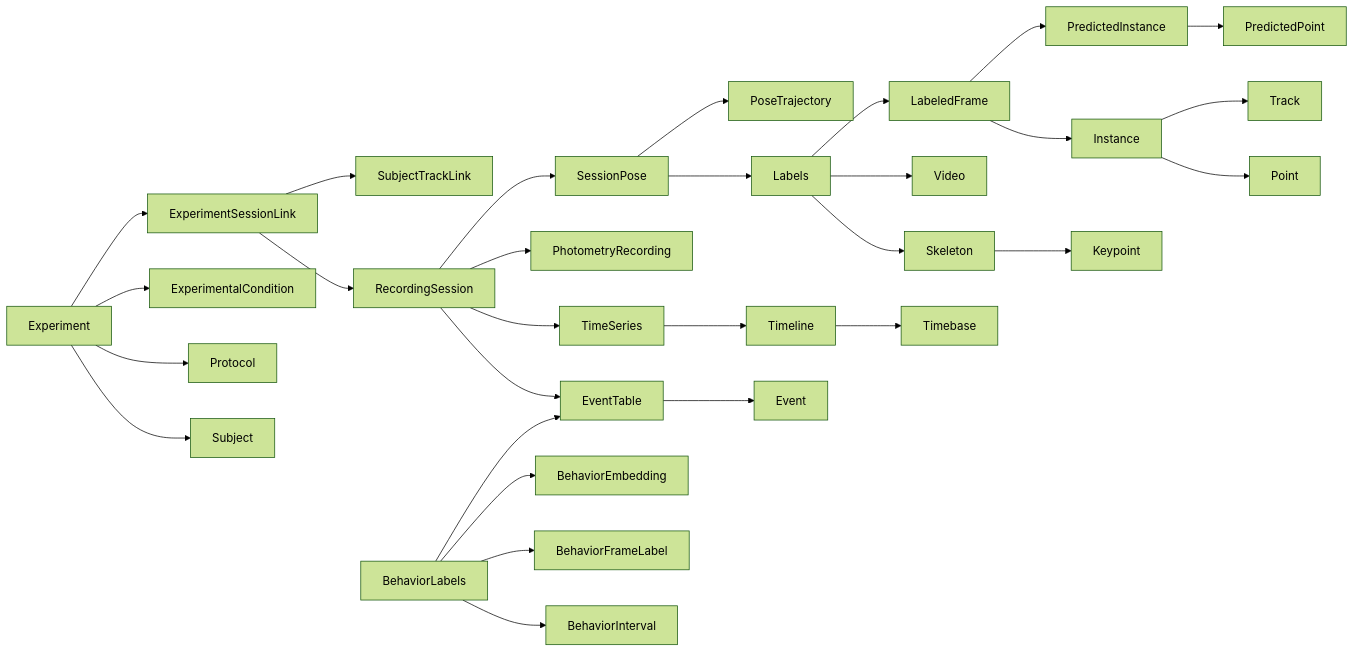
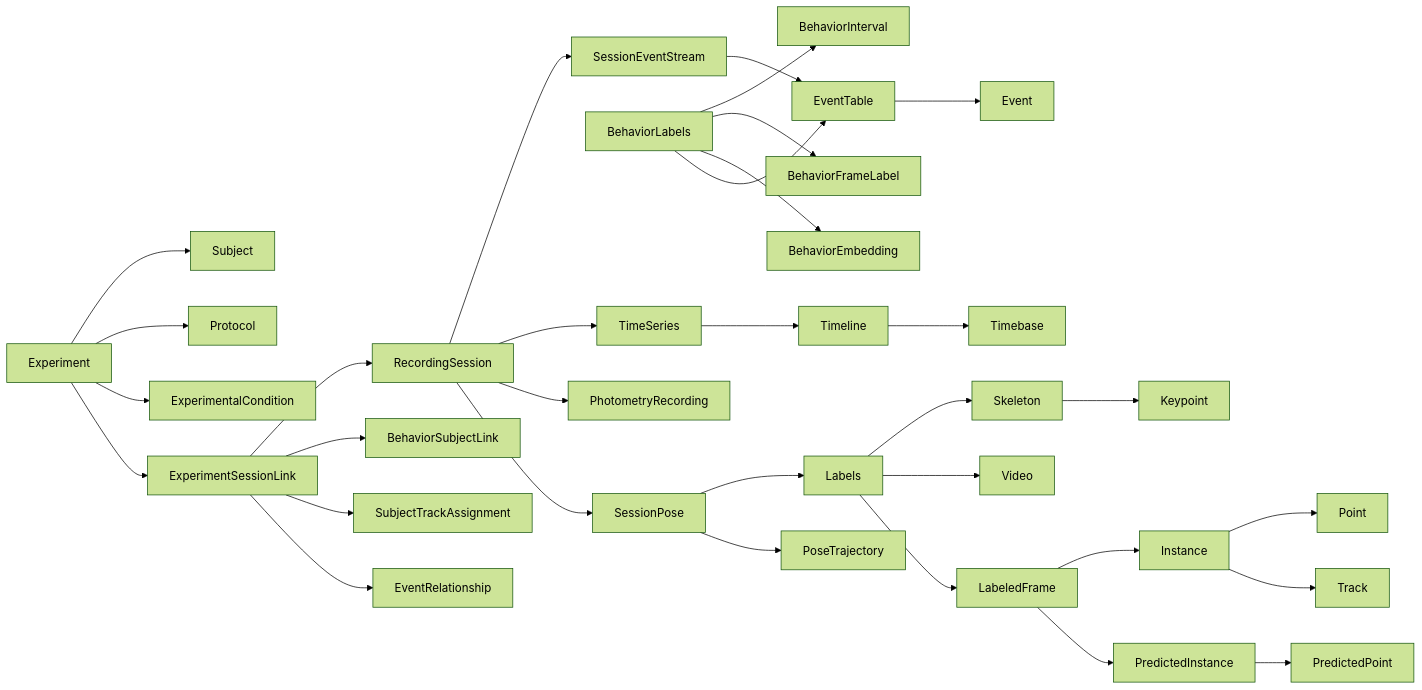
Before and after one commit to Alfredo-Sandoval/exp-pkg: the diagram in docs/api/model.md, drawn with Mermaid (forest theme). The commit also changed other lines of this file and 95 other files, not shown here.

````diff
--- a/docs/api/model.md
+++ b/docs/api/model.md
@@ -14,31 +14,34 @@
 ```mermaid
 flowchart LR
     Experiment --> Subject
     Experiment --> Protocol
     Experiment --> ExperimentalCondition
     Experiment --> ExperimentSessionLink
     ExperimentSessionLink --> RecordingSession
-    ExperimentSessionLink --> SubjectTrackLink
-    RecordingSession --> EventTable
+    ExperimentSessionLink --> BehaviorSubjectLink
+    ExperimentSessionLink --> SubjectTrackAssignment
+    ExperimentSessionLink --> EventRelationship
+    RecordingSession --> SessionEventStream
+    SessionEventStream --> EventTable
     BehaviorLabels --> BehaviorInterval
     BehaviorLabels --> BehaviorFrameLabel
     BehaviorLabels --> BehaviorEmbedding
     BehaviorLabels --> EventTable
     RecordingSession --> TimeSeries
     RecordingSession --> PhotometryRecording
     RecordingSession --> SessionPose
     SessionPose --> Labels
     SessionPose --> PoseTrajectory
     Labels --> Skeleton
     Labels --> Video
     Labels --> LabeledFrame
     LabeledFrame --> Instance
     LabeledFrame --> PredictedInstance
     Instance --> Point
     PredictedInstance --> PredictedPoint
     Skeleton --> Keypoint
     Instance --> Track
     EventTable --> Event
     TimeSeries --> Timeline
     Timeline --> Timebase
 ```
````
